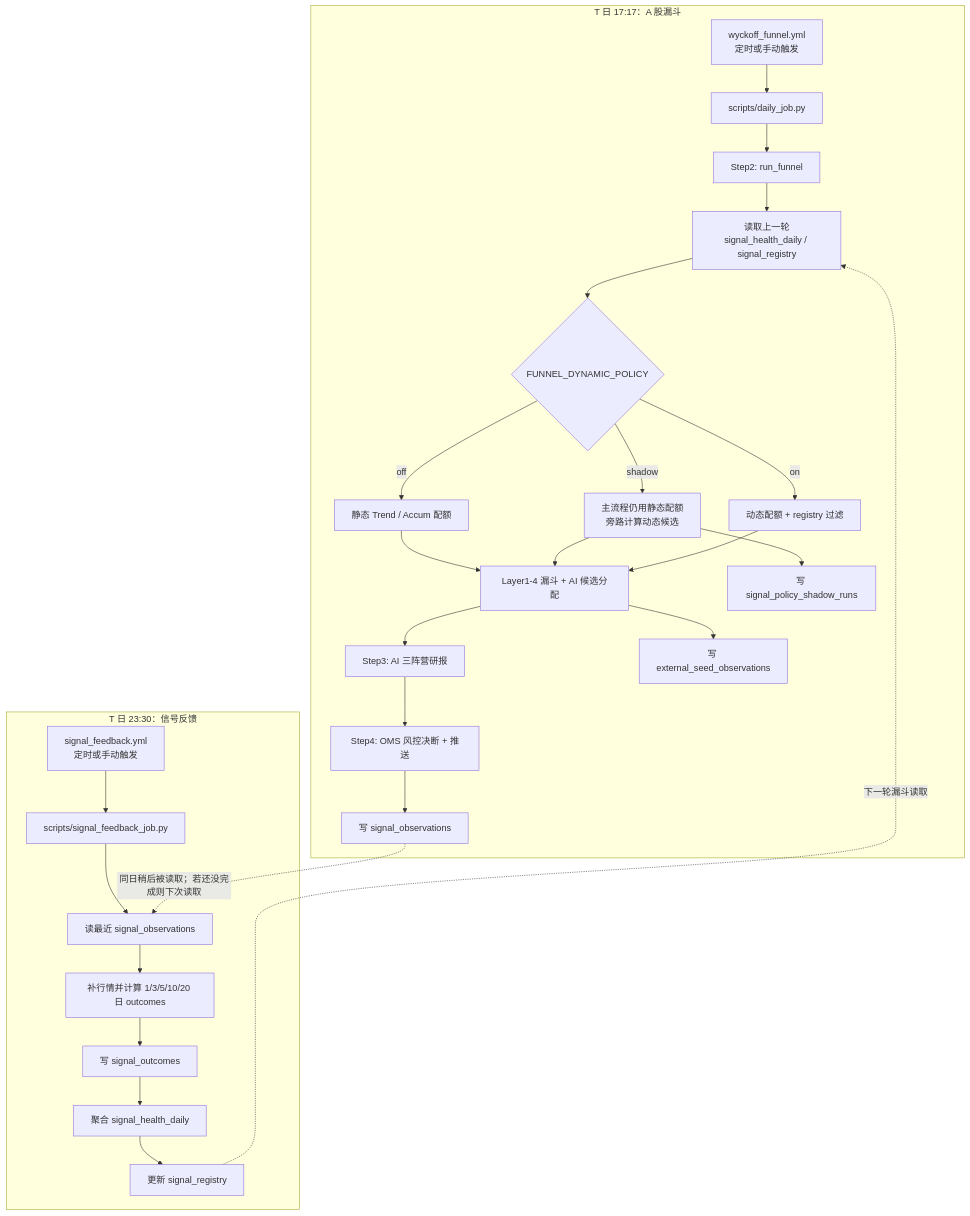
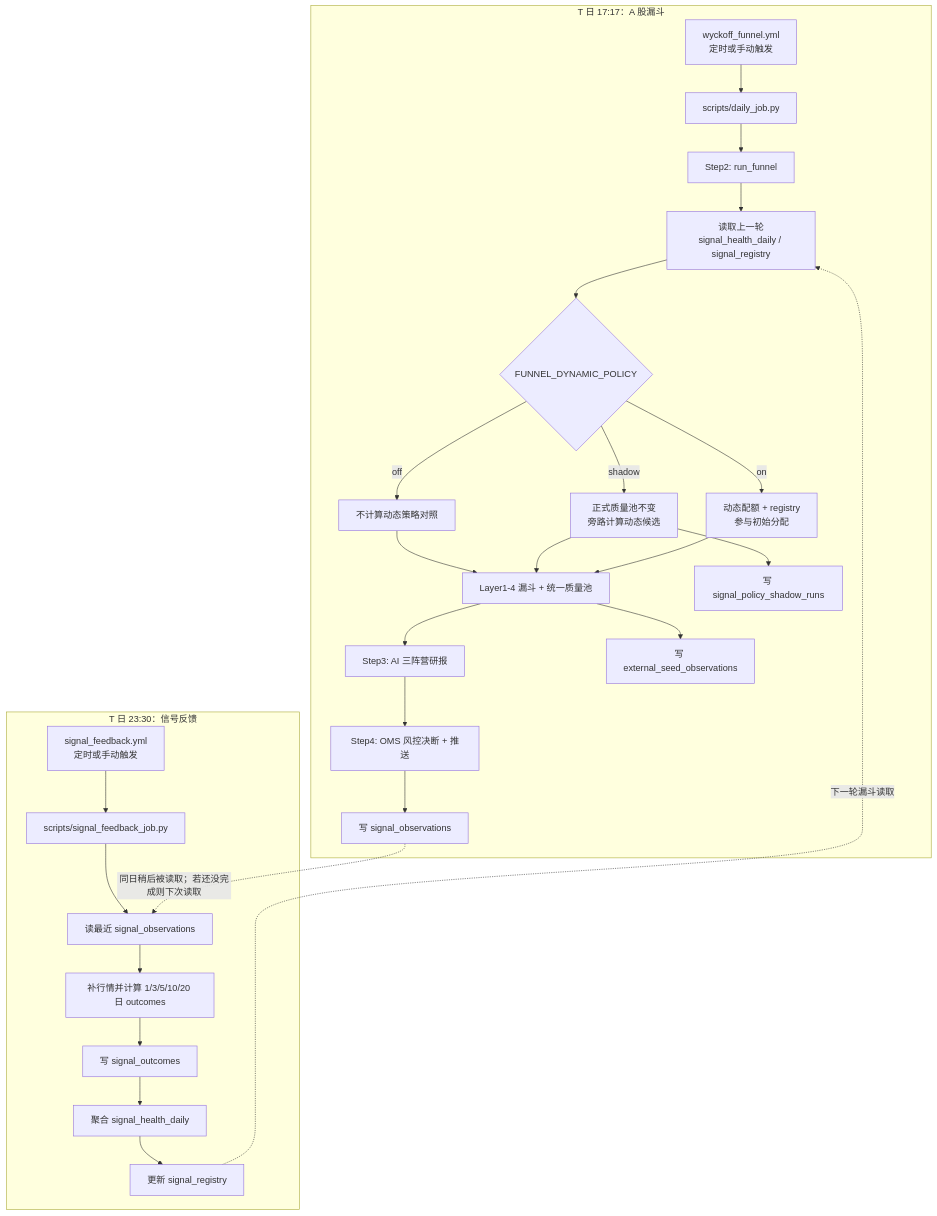
The second of 4 diagrams in docs/SIGNAL_FEEDBACK_LOOP.md (YoungCan-Wang/WyckoffTradingAgent), drawn with Mermaid before and after one commit. The commit also changed other lines of this file and 25 other files, not shown here.

````diff
--- a/docs/SIGNAL_FEEDBACK_LOOP.md
+++ b/docs/SIGNAL_FEEDBACK_LOOP.md
@@ -27,32 +27,32 @@
 ```mermaid
 flowchart TD
   subgraph F["T 日 17:17：A 股漏斗"]
     A["wyckoff_funnel.yml<br/>定时或手动触发"] --> B["scripts/daily_job.py"]
     B --> C["Step2: run_funnel"]
     C --> D["读取上一轮<br/>signal_health_daily / signal_registry"]
     D --> E{"FUNNEL_DYNAMIC_POLICY"}
-    E -- "off" --> F1["静态 Trend / Accum 配额"]
-    E -- "shadow" --> F2["主流程仍用静态配额<br/>旁路计算动态候选"]
-    E -- "on" --> F3["动态配额 + registry 过滤"]
-    F1 --> G["Layer1-4 漏斗 + AI 候选分配"]
+    E -- "off" --> F1["不计算动态策略对照"]
+    E -- "shadow" --> F2["正式质量池不变<br/>旁路计算动态候选"]
+    E -- "on" --> F3["动态配额 + registry<br/>参与初始分配"]
+    F1 --> G["Layer1-4 漏斗 + 统一质量池"]
     F2 --> G
     F3 --> G
     G --> H["Step3: AI 三阵营研报"]
     H --> I["Step4: OMS 风控决断 + 推送"]
     I --> J["写 signal_observations"]
     G --> X["写 external_seed_observations"]
     F2 --> K["写 signal_policy_shadow_runs"]
   end
 
   subgraph R["T 日 23:30：信号反馈"]
     L["signal_feedback.yml<br/>定时或手动触发"] --> M["scripts/signal_feedback_job.py"]
     M --> N["读最近 signal_observations"]
     N --> O["补行情并计算 1/3/5/10/20 日 outcomes"]
     O --> P["写 signal_outcomes"]
     P --> Q["聚合 signal_health_daily"]
     Q --> S["更新 signal_registry"]
   end
 
   J -. "同日稍后被读取；若还没完成则下次读取" .-> N
   S -. "下一轮漏斗读取" .-> D
 ```
````
